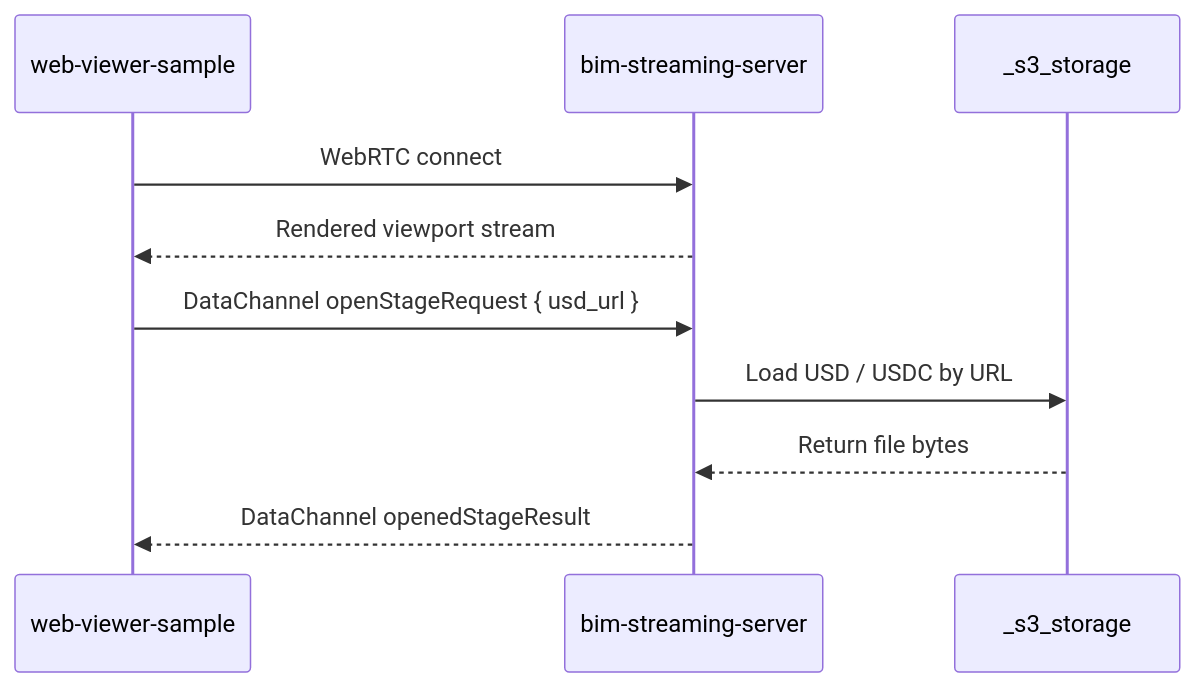
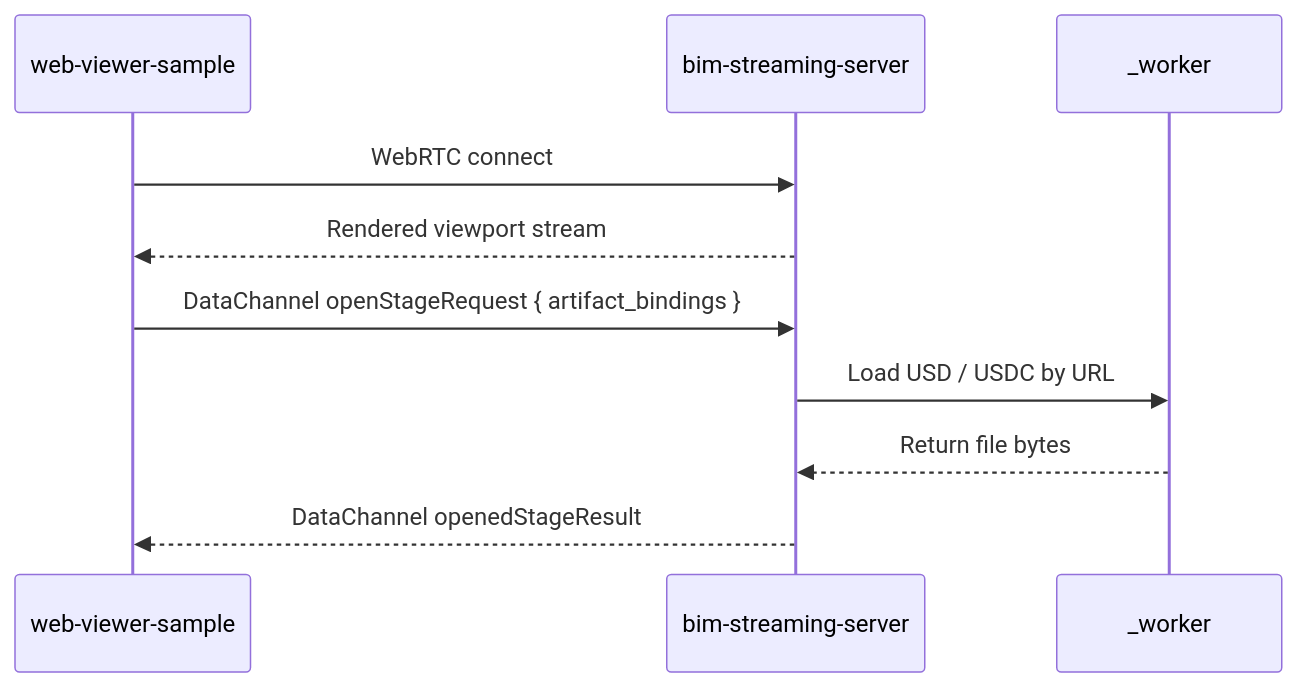
One commit to monkey1sai/AI-BIM-governance changed the fourth of 7 diagrams in CLAUDE.md. Above: the diagram before and after it, drawn with Mermaid. The commit also changed other lines of this file and 107 other files, not shown here.

First line of the commit message:
feat(worker)!: 統一 demo 步驟 ①/② 至 _worker 並退役 legacy storage/conversion 服務

````diff
--- a/CLAUDE.md
+++ b/CLAUDE.md
@@ -507,13 +506,13 @@
 ```mermaid
 sequenceDiagram
     participant WV as web-viewer-sample
     participant KIT as bim-streaming-server
-    participant S3 as _s3_storage
+    participant WK as _worker
 
     WV->>KIT: WebRTC connect
     KIT-->>WV: Rendered viewport stream
-    WV->>KIT: DataChannel openStageRequest { usd_url }
-    KIT->>S3: Load USD / USDC by URL
-    S3-->>KIT: Return file bytes
+    WV->>KIT: DataChannel openStageRequest { artifact_bindings }
+    KIT->>WK: Load USD / USDC by URL
+    WK-->>KIT: Return file bytes
     KIT-->>WV: DataChannel openedStageResult
 ```
````
